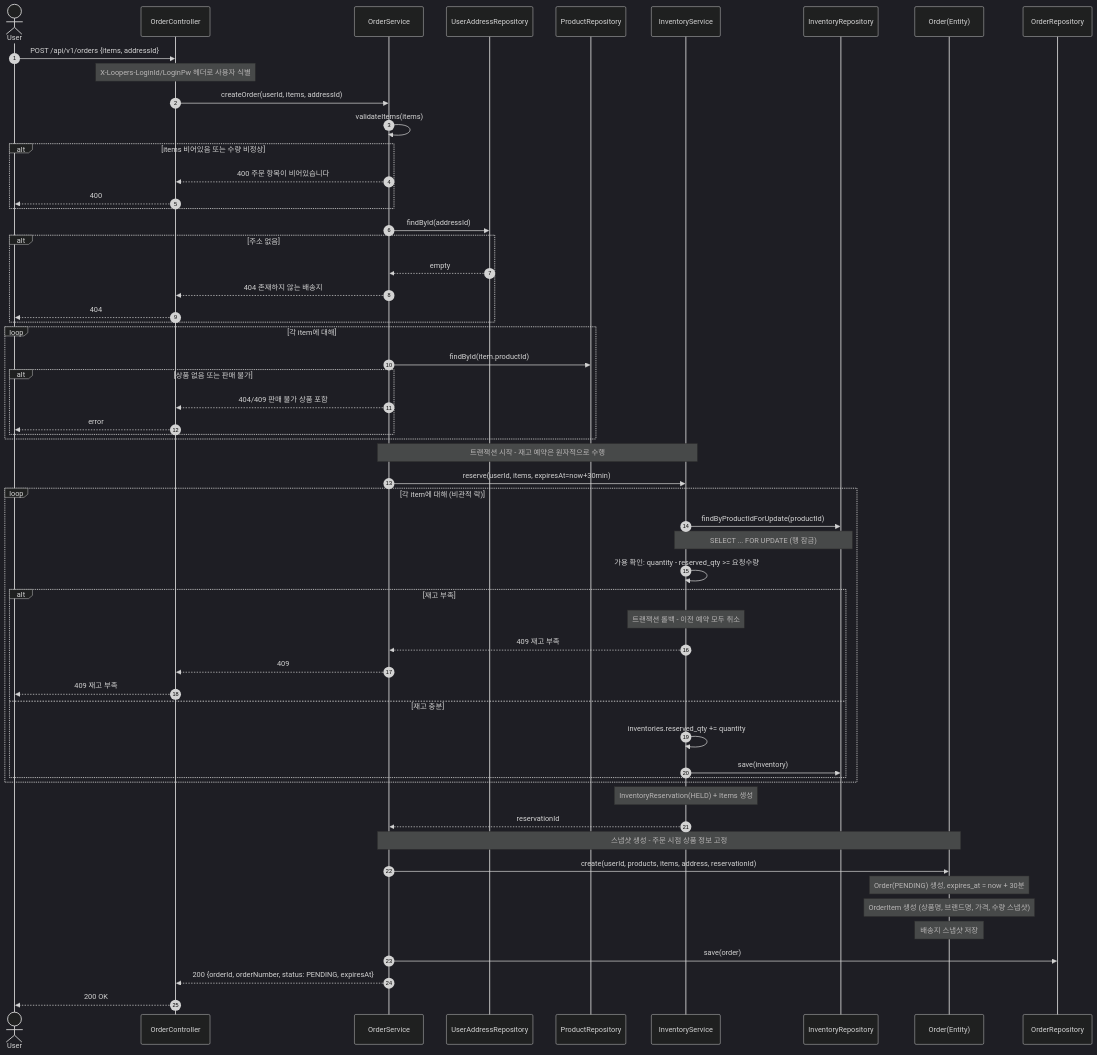
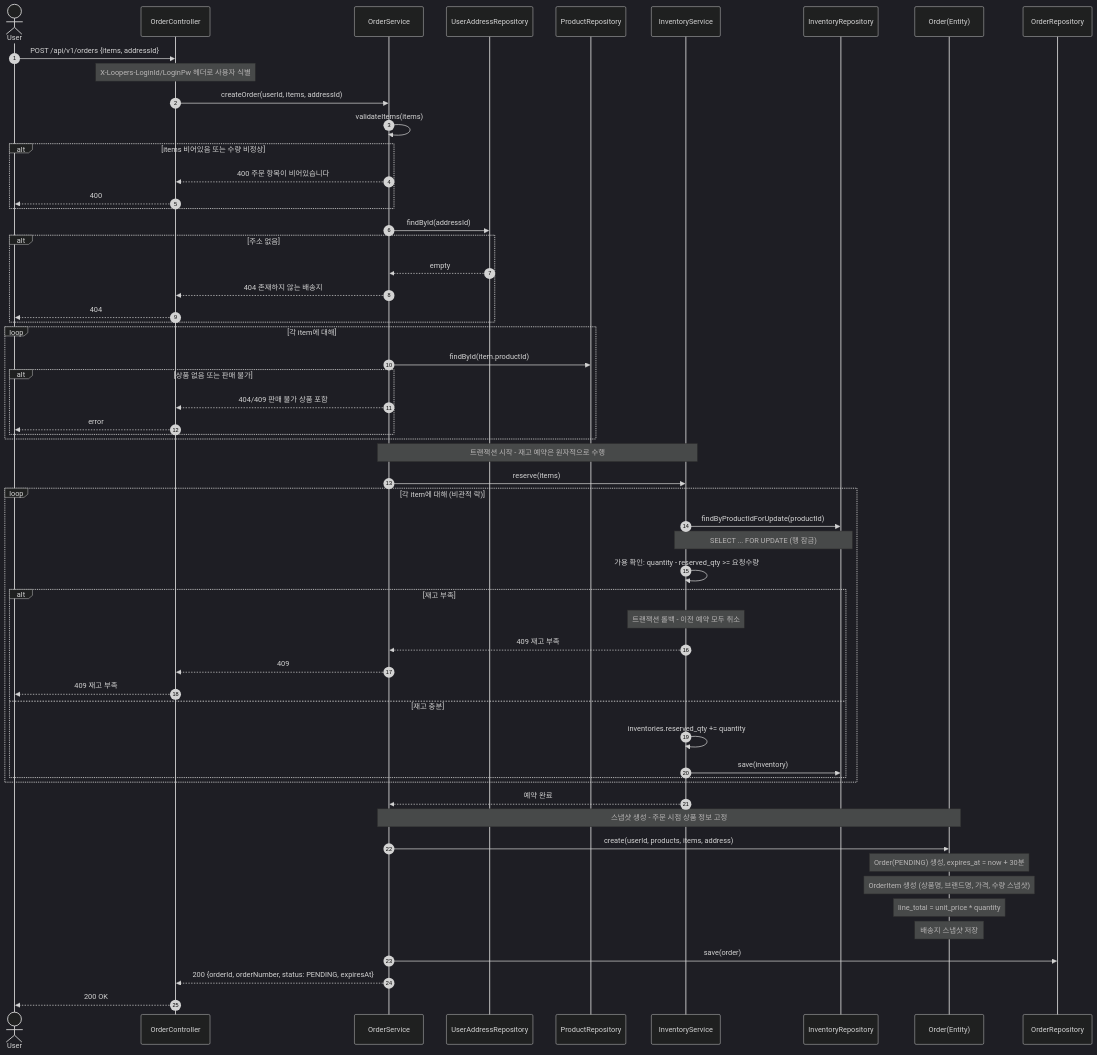
One commit to Loopers-dev-lab/loop-pack-be-l2-vol3-java changed the first of 9 diagrams in .docs/design/02-sequence-diagrams.md. Above: the diagram before and after it, drawn with Mermaid (dark theme). The commit also changed other lines of this file and 4 other files, not shown here.

Commit message:
docs: 핵심 도메인 설계 문서 작성 (요구사항, 시퀀스, 클래스, ERD)

````diff
--- a/.docs/design/02-sequence-diagrams.md
+++ b/.docs/design/02-sequence-diagrams.md
@@ -34,69 +34,69 @@
 ```mermaid
 sequenceDiagram
   autonumber
   actor User
   participant Controller as OrderController
   participant Service as OrderService
   participant AddrRepo as UserAddressRepository
   participant ProductRepo as ProductRepository
   participant InvSvc as InventoryService
   participant InvRepo as InventoryRepository
   participant Order as Order(Entity)
   participant OrderRepo as OrderRepository
 
   User->>Controller: POST /api/v1/orders {items, addressId}
   Note over Controller: X-Loopers-LoginId/LoginPw 헤더로 사용자 식별
   Controller->>Service: createOrder(userId, items, addressId)
 
   Service->>Service: validateItems(items)
   alt items 비어있음 또는 수량 비정상
     Service-->>Controller: 400 주문 항목이 비어있습니다
     Controller-->>User: 400
   end
 
   Service->>AddrRepo: findById(addressId)
   alt 주소 없음
     AddrRepo-->>Service: empty
     Service-->>Controller: 404 존재하지 않는 배송지
     Controller-->>User: 404
   end
 
   loop 각 item에 대해
     Service->>ProductRepo: findById(item.productId)
     alt 상품 없음 또는 판매 불가
       Service-->>Controller: 404/409 판매 불가 상품 포함
       Controller-->>User: error
     end
   end
 
   Note over Service,InvSvc: 트랜잭션 시작 - 재고 예약은 원자적으로 수행
-  Service->>InvSvc: reserve(userId, items, expiresAt=now+30min)
+  Service->>InvSvc: reserve(items)
 
   loop 각 item에 대해 (비관적 락)
     InvSvc->>InvRepo: findByProductIdForUpdate(productId)
     Note over InvSvc,InvRepo: SELECT ... FOR UPDATE (행 잠금)
     InvSvc->>InvSvc: 가용 확인: quantity - reserved_qty >= 요청수량
     alt 재고 부족
       Note over InvSvc: 트랜잭션 롤백 - 이전 예약 모두 취소
       InvSvc-->>Service: 409 재고 부족
       Service-->>Controller: 409
       Controller-->>User: 409 재고 부족
     else 재고 충분
       InvSvc->>InvSvc: inventories.reserved_qty += quantity
       InvSvc->>InvRepo: save(inventory)
     end
   end
 
-  Note over InvSvc: InventoryReservation(HELD) + Items 생성
-  InvSvc-->>Service: reservationId
+  InvSvc-->>Service: 예약 완료
 
   Note over Service,Order: 스냅샷 생성 - 주문 시점 상품 정보 고정
-  Service->>Order: create(userId, products, items, address, reservationId)
+  Service->>Order: create(userId, products, items, address)
   Note over Order: Order(PENDING) 생성, expires_at = now + 30분
   Note over Order: OrderItem 생성 (상품명, 브랜드명, 가격, 수량 스냅샷)
+  Note over Order: line_total = unit_price * quantity
   Note over Order: 배송지 스냅샷 저장
 
   Service->>OrderRepo: save(order)
   Service-->>Controller: 200 {orderId, orderNumber, status: PENDING, expiresAt}
   Controller-->>User: 200 OK
 ```
````
